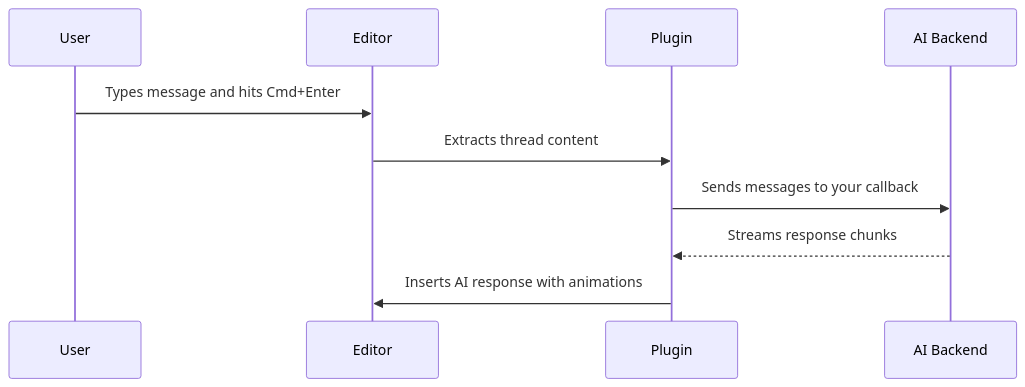
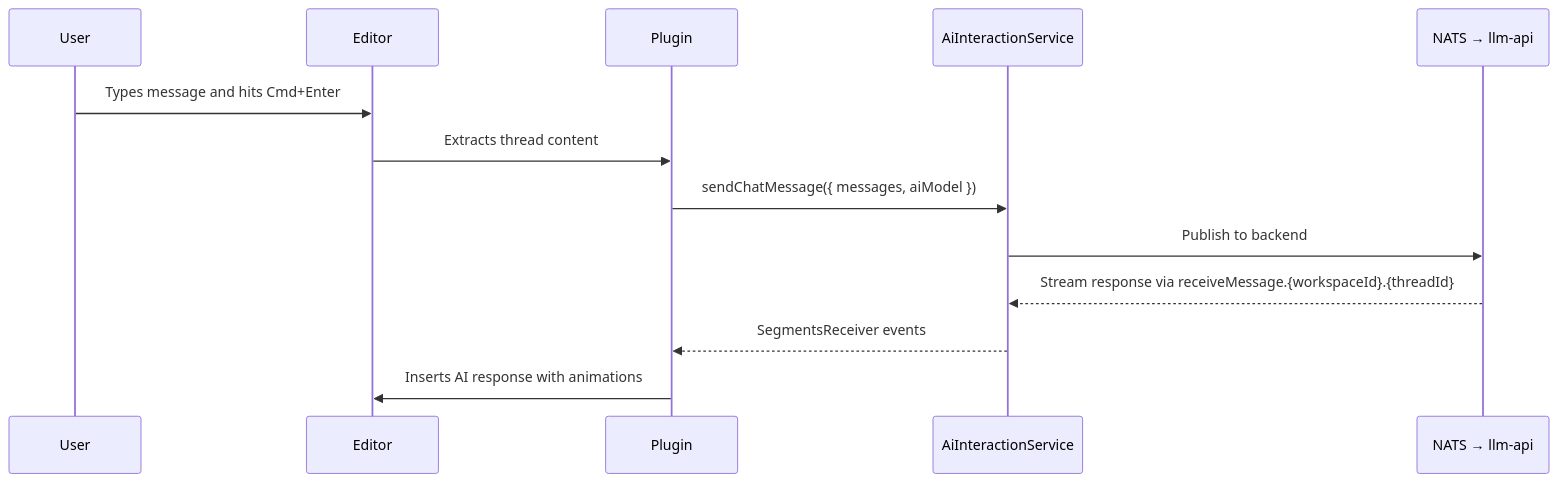
Before and after one commit to Lixpi/lixpi: the fifth of 5 diagrams in services/web-ui/src/components/proseMirror/plugins/aiChatThreadPlugin/README.md, drawn with Mermaid. The commit also changed other lines of this file and 33 other files, not shown here.

Commit message:
LIX-46 # split document into separate entities - regular document and ai chat thread

````diff
--- a/services/web-ui/src/components/proseMirror/plugins/aiChatThreadPlugin/README.md
+++ b/services/web-ui/src/components/proseMirror/plugins/aiChatThreadPlugin/README.md
@@ -327,13 +329,16 @@
 ```mermaid
 sequenceDiagram
     participant U as User
     participant E as Editor
     participant P as Plugin
-    participant A as AI Backend
+    participant AIS as AiInteractionService
+    participant NATS as NATS → llm-api
 
     U->>E: Types message and hits Cmd+Enter
     E->>P: Extracts thread content
-    P->>A: Sends messages to your callback
-    A-->>P: Streams response chunks
+    P->>AIS: sendChatMessage({ messages, aiModel })
+    AIS->>NATS: Publish to backend
+    NATS-->>AIS: Stream response via receiveMessage.{workspaceId}.{threadId}
+    AIS-->>P: SegmentsReceiver events
     P->>E: Inserts AI response with animations
 ```
````
